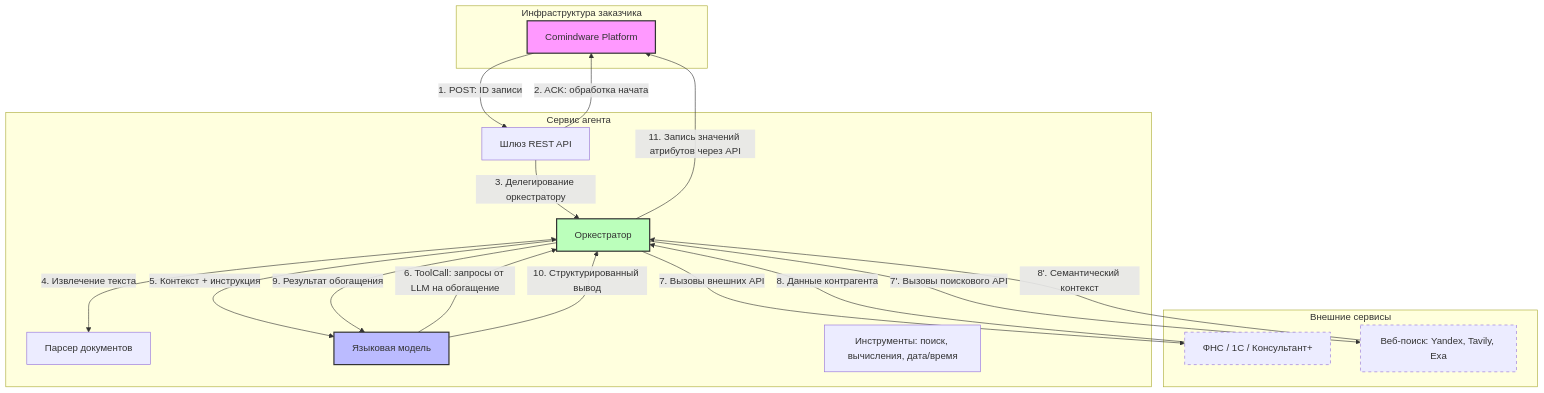
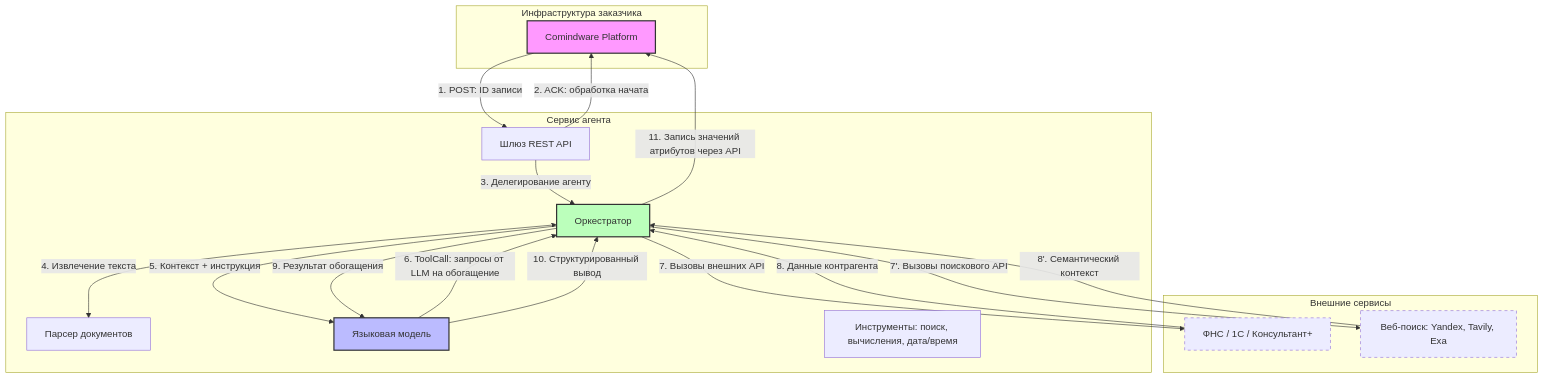
One commit to arterm-sedov/cmw-rag changed the diagram in docs/research/executive-research-technology-transfer/report-pack/20260420-document-agent-architecture-ru.md. Above: the diagram before and after it, drawn with Mermaid. The commit also changed other lines of this file, not shown here.

````diff
--- a/docs/research/executive-research-technology-transfer/report-pack/20260420-document-agent-architecture-ru.md
+++ b/docs/research/executive-research-technology-transfer/report-pack/20260420-document-agent-architecture-ru.md
@@ -66,39 +71,39 @@
 ```mermaid
 graph TD
     subgraph Client_Infrastructure [Инфраструктура заказчика]
         A[Comindware Platform]
     end
 
     subgraph Agent_Service [Сервис агента]
         B[Шлюз REST API]
         C[Оркестратор]
         D[Парсер документов]
         E[Языковая модель]
         F[Инструменты: поиск, вычисления, дата/время]
     end
 
     subgraph External_Services [Внешние сервисы]
         G[ФНС / 1С / Консультант+]
         H[Веб-поиск: Yandex, Tavily, Exa]
     end
 
     A -->|1. POST: ID записи| B
     B -->|2. ACK: обработка начата| A
-    B -->|3. Делегирование оркестратору| C
+    B -->|3. Делегирование агенту| C
     C <-->|4. Извлечение текста| D
     C -->|5. Контекст + инструкция| E
     E -->|6. ToolCall: запросы от LLM на обогащение| C
     C -->|7. Вызовы внешних API| G
     C -->|7ʹ. Вызовы поискового API| H
     G -->|8. Данные контрагента| C
     H -->|8ʹ. Семантический контекст| C
     C -->|9. Результат обогащения| E
     E -->|10. Структурированный вывод| C
     C -->|11. Запись значений атрибутов через API| A
 
     style A fill:#f9f,stroke:#333,stroke-width:2px
     style E fill:#bbf,stroke:#333,stroke-width:2px
     style C fill:#bfb,stroke:#333,stroke-width:2px
     style G stroke-dasharray: 5 5
     style H stroke-dasharray: 5 5
 ```
````
